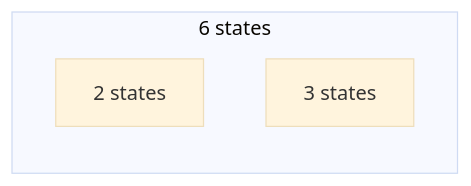
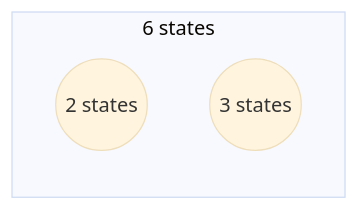
One commit to sergey-shandar/public changed the third of 4 diagrams in notes/info/states.md. Above: the diagram before and after it, drawn with Mermaid (base theme). The commit also changed other lines of this file, not shown here.

````diff
--- a/notes/info/states.md
+++ b/notes/info/states.md
@@ -56,7 +56,7 @@
 ```mermaid
 flowchart LR
   subgraph 6 states
-    0[2 states]
-    1[3 states]
+    0((2 states))
+    1((3 states))
   end
 ```  
````
